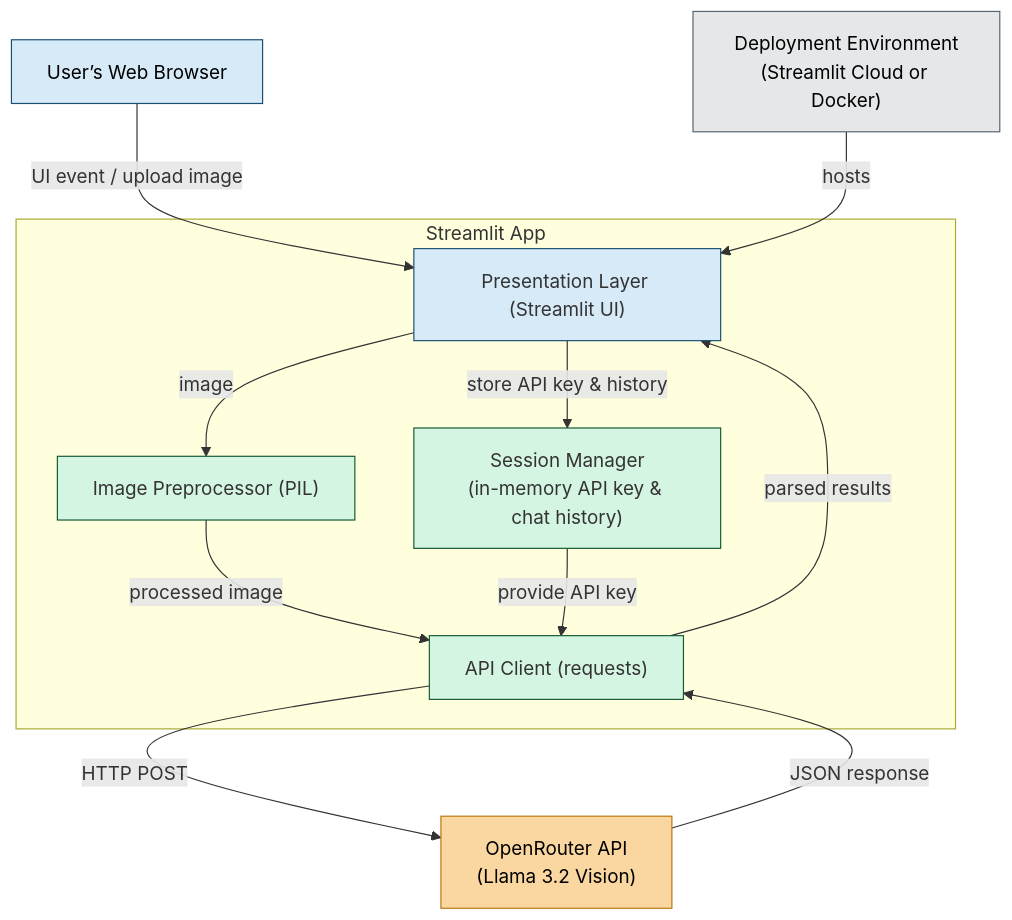
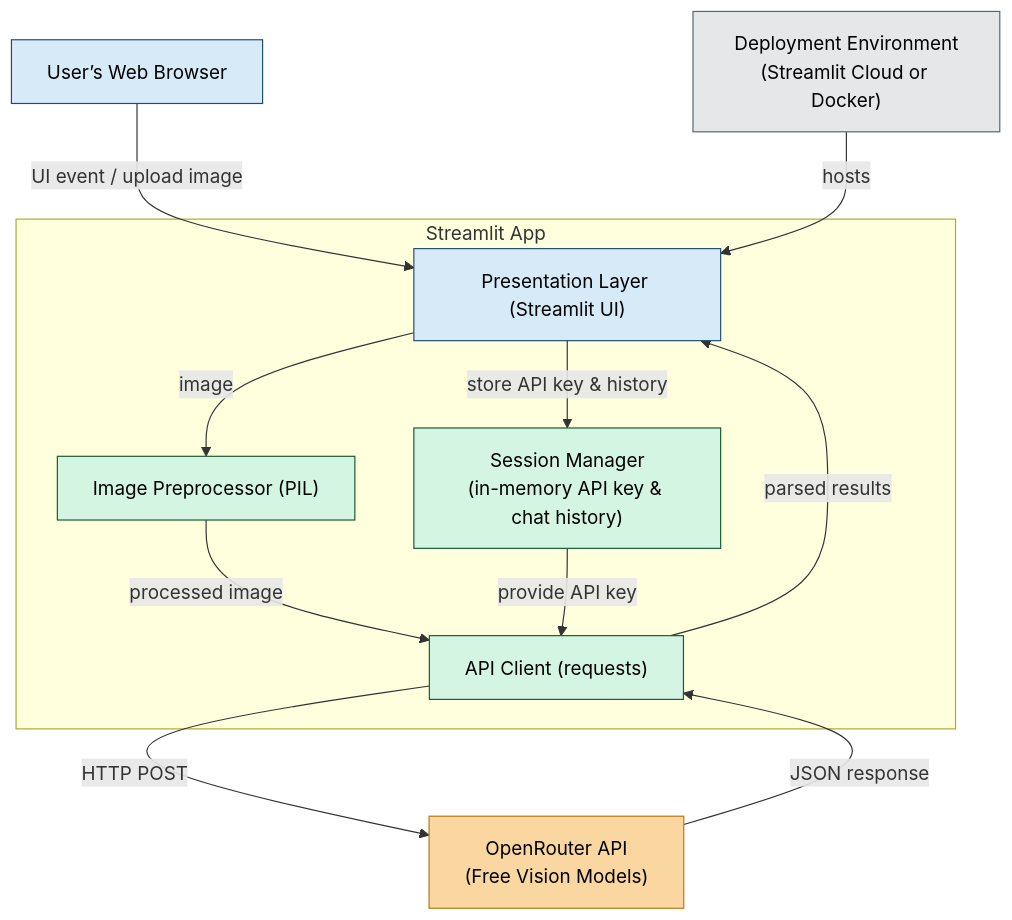
The diagram in README.md (bcastelino/ocr-text-vision-pro), drawn with Mermaid before and after one commit. The commit also changed other lines of this file and 1 other file, not shown here.

Commit message:
Updated Vision models

````diff
--- a/README.md
+++ b/README.md
@@ -37,38 +49,47 @@
 ```mermaid
+---
+config:
+  layout: dagre
+  theme: mc
+---
 flowchart TB
  subgraph subGraph0["Streamlit App"]
         UI["Presentation Layer (Streamlit UI)"]
         PIL["Image Preprocessor (PIL)"]
         APIClient["API Client (requests)"]
         Session["Session Manager<br>(in-memory API key &amp; chat history)"]
   end
     Browser["User’s Web Browser"] -- UI event / upload image --> UI
     UI -- image --> PIL
     PIL -- processed image --> APIClient
     UI -- store API key & history --> Session
     Session -- provide API key --> APIClient
-    APIClient -- HTTP POST --> External["OpenRouter API<br>(Llama 3.2 Vision)"]
+    APIClient -- HTTP POST --> External["OpenRouter API<br>(Free Vision Models)"]
     External -- JSON response --> APIClient
     APIClient -- parsed results --> UI
     Deployment["Deployment Environment<br>(Streamlit Cloud or Docker)"] -- hosts --> UI
 
      UI:::frontend
      PIL:::app
      APIClient:::app
      Session:::app
      Browser:::frontend
      External:::external
      Deployment:::deployment
     classDef frontend fill:#D6EAF8,stroke:#1B4F72
     classDef app fill:#D5F5E3,stroke:#145A32
     classDef external fill:#FAD7A0,stroke:#B9770E
     classDef deployment fill:#E5E7E9,stroke:#566573
+    style UI color:#000000
+    style PIL color:#000000
+    style APIClient color:#000000
+    style Session color:#000000
     style Browser color:#000000
     style External color:#000000
     style Deployment color:#000000
     click UI "https://github.com/bcastelino/ocr-text-vision-pro/blob/main/ocr_app.py"
     click PIL "https://github.com/bcastelino/ocr-text-vision-pro/blob/main/ocr_app.py"
     click APIClient "https://github.com/bcastelino/ocr-text-vision-pro/blob/main/ocr_app.py"
     click Session "https://github.com/bcastelino/ocr-text-vision-pro/blob/main/ocr_app.py"
 
 ```
````
